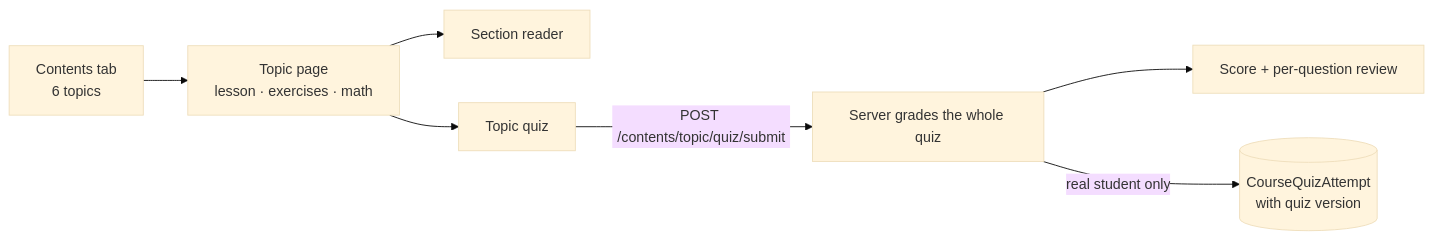
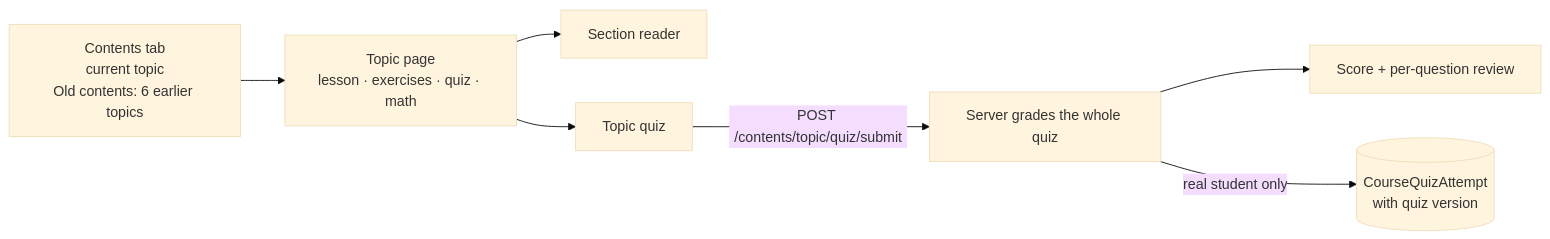
One commit to CS-Ponkoj/Robotics-Programming-Lab-Live changed the fifth of 8 diagrams in docs/system-architecture/AppFlow.md. Above: the diagram before and after it, drawn with Mermaid (base theme). The commit also changed 61 other files, not shown here.

````diff
--- a/docs/system-architecture/AppFlow.md
+++ b/docs/system-architecture/AppFlow.md
@@ -154,9 +154,9 @@
 ```mermaid
 flowchart LR
-    T[Contents tab<br/>6 topics] --> TP[Topic page<br/>lesson · exercises · math]
+    T[Contents tab<br/>current topic<br/>Old contents: 6 earlier topics] --> TP[Topic page<br/>lesson · exercises · quiz · math]
     TP --> SEC[Section reader]
     TP --> Q[Topic quiz]
     Q -->|POST /contents/topic/quiz/submit| GR[Server grades the whole quiz]
     GR --> RES[Score + per-question review]
     GR -->|real student only| DB[(CourseQuizAttempt<br/>with quiz version)]
 ```
````
